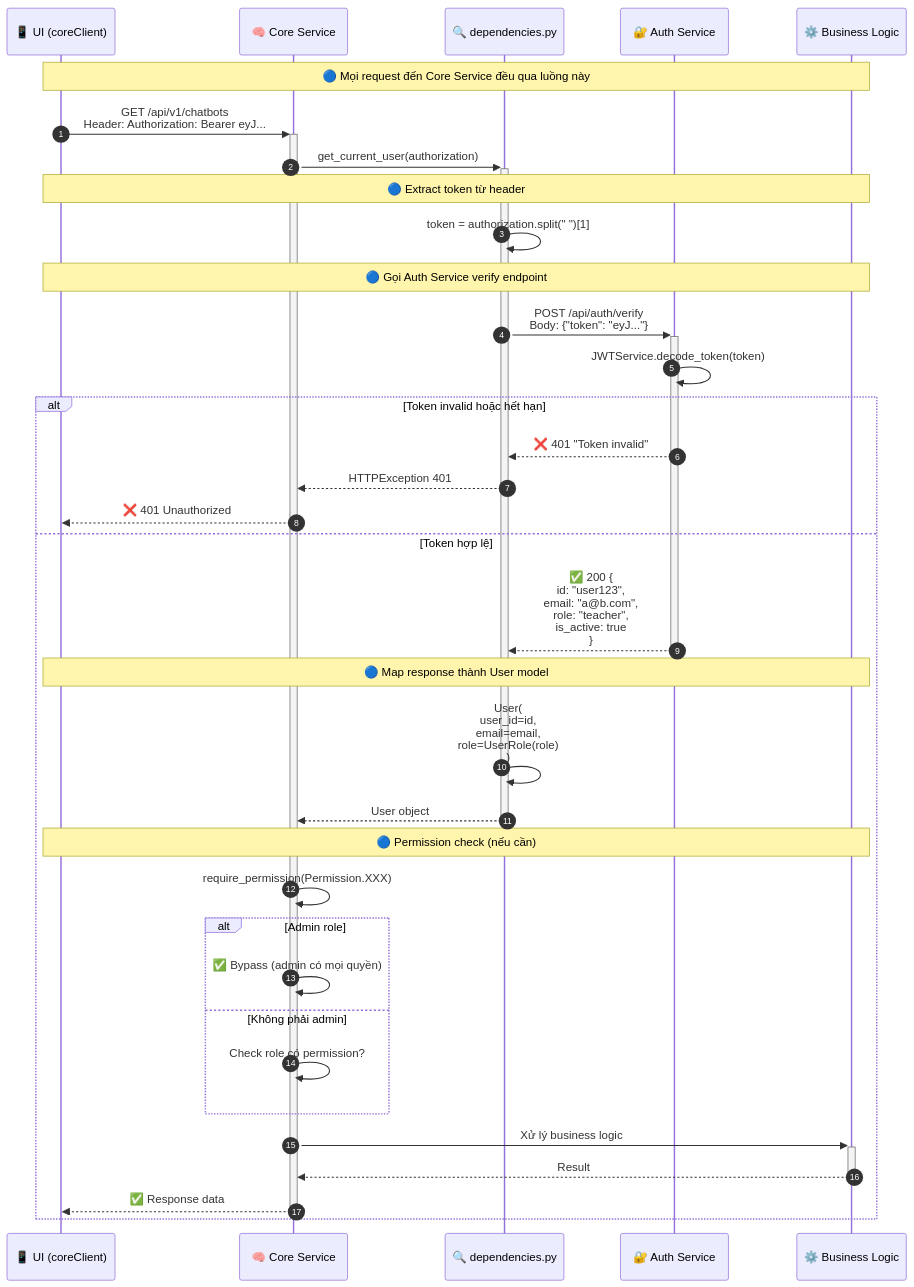
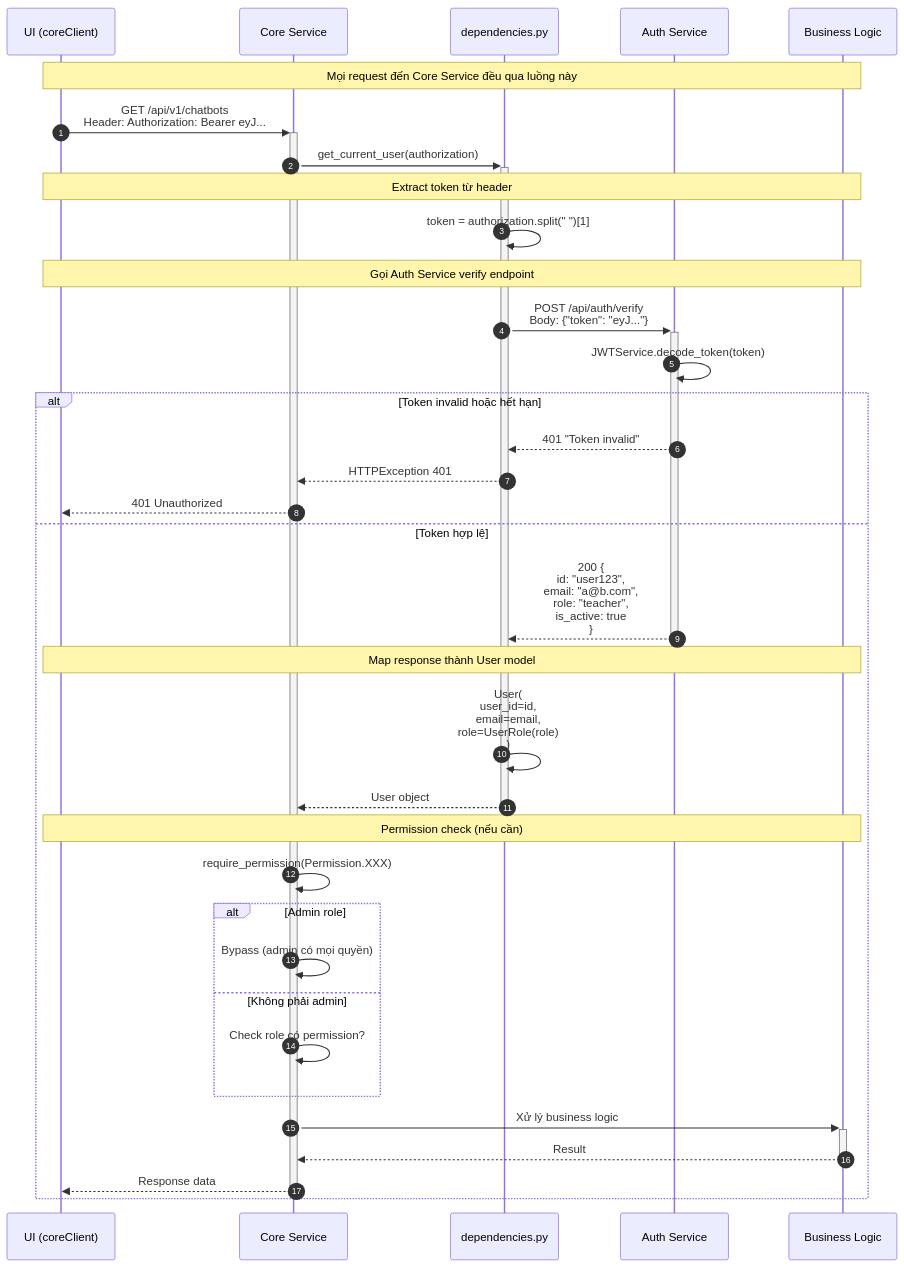
The third of 12 diagrams in document/System_Flow_Diagrams.md (hoclaptrinh33/chatbot), drawn with Mermaid before and after one commit. The commit also changed other lines of this file and 150 other files, not shown here.

````diff
--- a/document/System_Flow_Diagrams.md
+++ b/document/System_Flow_Diagrams.md
@@ -229,53 +229,53 @@
 ```mermaid
 sequenceDiagram
-    autonumber
-    participant UI as 📱 UI (coreClient)
-    participant Core as 🧠 Core Service
-    participant Dep as 🔍 dependencies.py
-    participant Auth as 🔐 Auth Service
-    participant Logic as ⚙️ Business Logic
+ autonumber
+ participant UI as UI (coreClient)
+ participant Core as Core Service
+ participant Dep as dependencies.py
+ participant Auth as Auth Service
+ participant Logic as Business Logic
 
-    Note over UI,Logic: 🔵 Mọi request đến Core Service đều qua luồng này
+ Note over UI,Logic: Mọi request đến Core Service đều qua luồng này
 
-    UI->>+Core: GET /api/v1/chatbots<br/>Header: Authorization: Bearer eyJ...
+ UI->>+Core: GET /api/v1/chatbots<br/>Header: Authorization: Bearer eyJ...
 
-    Core->>+Dep: get_current_user(authorization)
+ Core->>+Dep: get_current_user(authorization)
 
-    Note over UI,Logic: 🔵 Extract token từ header
+ Note over UI,Logic: Extract token từ header
 
-    Dep->>Dep: token = authorization.split(" ")[1]
+ Dep->>Dep: token = authorization.split(" ")[1]
 
-    Note over UI,Logic: 🔵 Gọi Auth Service verify endpoint
+ Note over UI,Logic: Gọi Auth Service verify endpoint
 
-    Dep->>+Auth: POST /api/auth/verify<br/>Body: {"token": "eyJ..."}
+ Dep->>+Auth: POST /api/auth/verify<br/>Body: {"token": "eyJ..."}
 
-    Auth->>Auth: JWTService.decode_token(token)
+ Auth->>Auth: JWTService.decode_token(token)
 
-    alt Token invalid hoặc hết hạn
-        Auth-->>Dep: ❌ 401 "Token invalid"
-        Dep-->>Core: HTTPException 401
-        Core-->>UI: ❌ 401 Unauthorized
-    else Token hợp lệ
-        Auth-->>-Dep: ✅ 200 {<br/>  id: "user123",<br/>  email: "a@b.com",<br/>  role: "teacher",<br/>  is_active: true<br/>}
+ alt Token invalid hoặc hết hạn
+ Auth-->>Dep: 401 "Token invalid"
+ Dep-->>Core: HTTPException 401
+ Core-->>UI: 401 Unauthorized
+ else Token hợp lệ
+ Auth-->>-Dep: 200 {<br/> id: "user123",<br/> email: "a@b.com",<br/> role: "teacher",<br/> is_active: true<br/>}
 
-        Note over UI,Logic: 🔵 Map response thành User model
+ Note over UI,Logic: Map response thành User model
 
-        Dep->>Dep: User(<br/>  user_id=id,<br/>  email=email,<br/>  role=UserRole(role)<br/>)
+ Dep->>Dep: User(<br/> user_id=id,<br/> email=email,<br/> role=UserRole(role)<br/>)
 
-        Dep-->>-Core: User object
+ Dep-->>-Core: User object
 
-        Note over UI,Logic: 🔵 Permission check (nếu cần)
+ Note over UI,Logic: Permission check (nếu cần)
 
-        Core->>Core: require_permission(Permission.XXX)
+ Core->>Core: require_permission(Permission.XXX)
 
-        alt Admin role
-            Core->>Core: ✅ Bypass (admin có mọi quyền)
-        else Không phải admin
-            Core->>Core: Check role có permission?
-        end
+ alt Admin role
+ Core->>Core: Bypass (admin có mọi quyền)
+ else Không phải admin
+ Core->>Core: Check role có permission?
+ end
 
-        Core->>+Logic: Xử lý business logic
-        Logic-->>-Core: Result
-        Core-->>-UI: ✅ Response data
-    end
+ Core->>+Logic: Xử lý business logic
+ Logic-->>-Core: Result
+ Core-->>-UI: Response data
+ end
 ```
````
